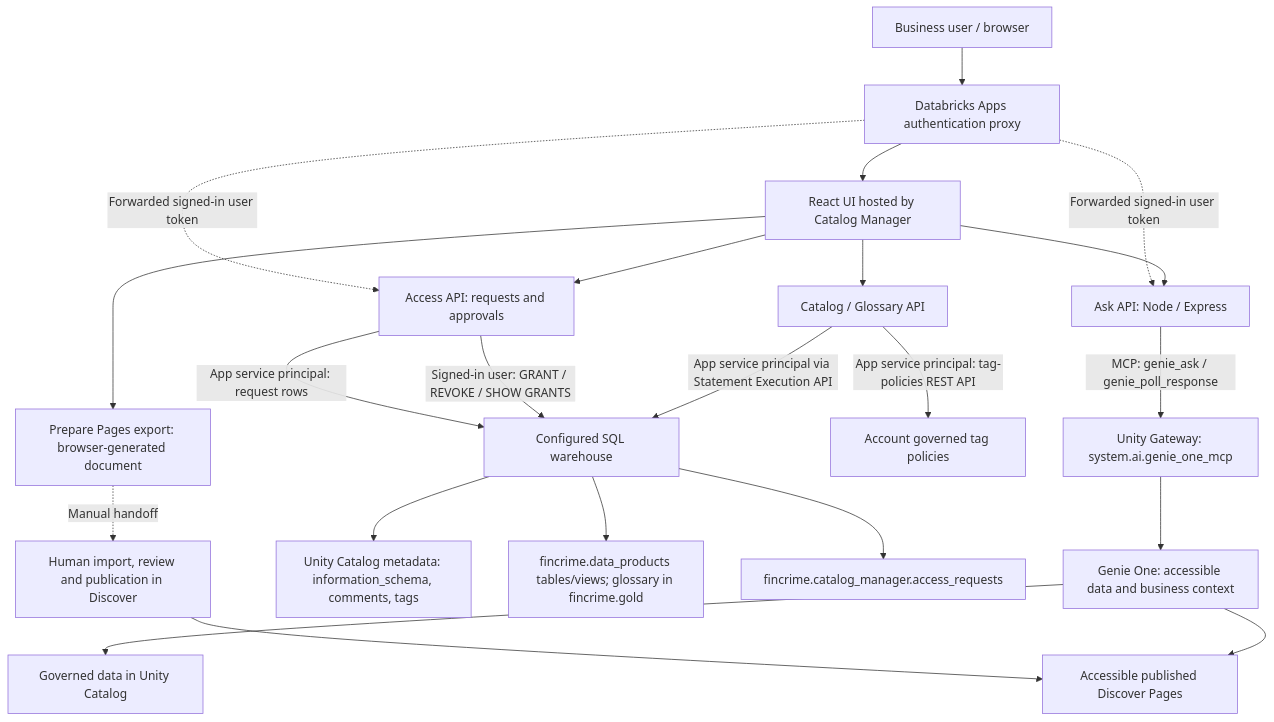
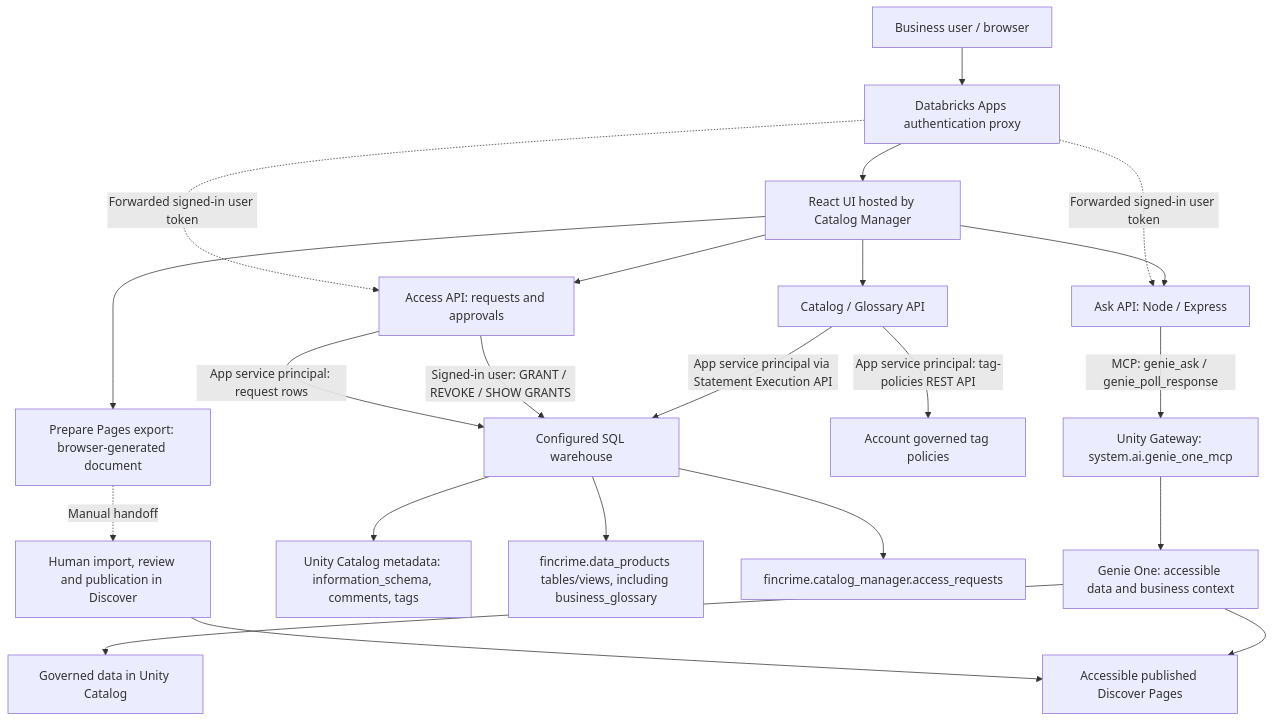
Before and after one commit to greeshmapl5/fincrime-genie-demo: the diagram in docs/summit-team-demo.md, drawn with Mermaid. The commit also changed other lines of this file and 20 other files, not shown here.

````diff
--- a/docs/summit-team-demo.md
+++ b/docs/summit-team-demo.md
@@ -53,24 +53,24 @@
 ```mermaid
 flowchart TD
     U["Business user / browser"] --> P["Databricks Apps authentication proxy"]
     P --> UI["React UI hosted by Catalog Manager"]
     UI --> A["Ask API: Node / Express"]
     P -. "Forwarded signed-in user token" .-> A
     A -->|"MCP: genie_ask / genie_poll_response"| G["Unity Gateway: system.ai.genie_one_mcp"]
     G --> GO["Genie One: accessible data and business context"]
     GO --> D["Governed data in Unity Catalog"]
     GO --> PG["Accessible published Discover Pages"]
     UI --> C["Catalog / Glossary API"]
     C -->|"App service principal via Statement Execution API"| W["Configured SQL warehouse"]
     C -->|"App service principal: tag-policies REST API"| TP["Account governed tag policies"]
     W --> M["Unity Catalog metadata: information_schema, comments, tags"]
-    W --> T["fincrime.data_products tables/views; glossary in fincrime.gold"]
+    W --> T["fincrime.data_products tables/views, including business_glossary"]
     UI --> AC["Access API: requests and approvals"]
     P -. "Forwarded signed-in user token" .-> AC
     AC -->|"Signed-in user: GRANT / REVOKE / SHOW GRANTS"| W
     AC -->|"App service principal: request rows"| W
     W --> R["fincrime.catalog_manager.access_requests"]
     UI --> E["Prepare Pages export: browser-generated document"]
     E -. "Manual handoff" .-> H["Human import, review and publication in Discover"]
     H --> PG
 ```
````
